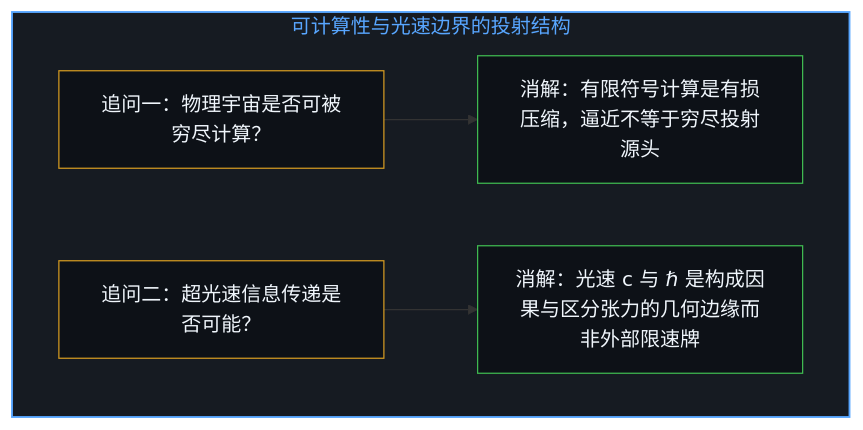
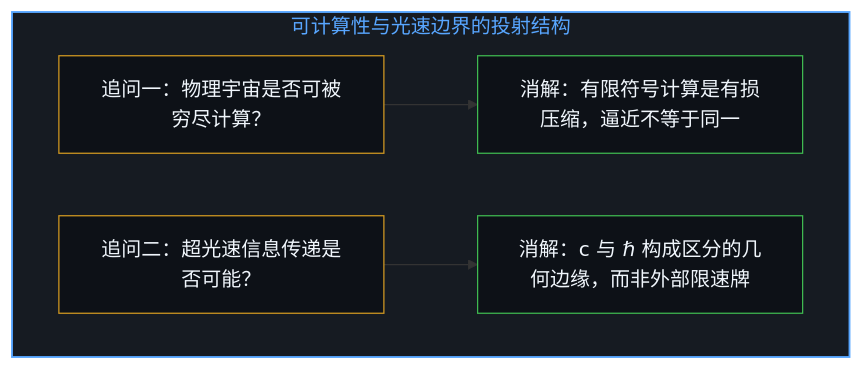
Before and after one commit to powerpig99/not-a-toe: the first of 4 diagrams in content/posts/four-night-questions.md, drawn with Mermaid. The commit also changed other lines of this file and 7 other files, not shown here.

````diff
--- a/content/posts/four-night-questions.md
+++ b/content/posts/four-night-questions.md
@@ -17,12 +17,12 @@
 ```mermaid
 graph TD
     subgraph S_Q12["可计算性与光速边界的投射结构"]
-        Q1["追问一：物理宇宙是否可被穷尽计算？"] --> D1["消解：有限符号计算是有损压缩，逼近不等于穷尽投射源头"]
-        Q2["追问二：超光速信息传递是否可能？"] --> D2["消解：光速 c 与 ℏ 是构成因果与区分张力的几何边缘而非外部限速牌"]
+        Q1["追问一：物理宇宙是否可被穷尽计算？"] --> D1["消解：有限符号计算是有损压缩，逼近不等于同一"]
+        Q2["追问二：超光速信息传递是否可能？"] --> D2["消解：c 与 ℏ 构成区分的几何边缘，而非外部限速牌"]
     end
     style S_Q12 fill:#161b22,stroke:#58a6ff,stroke-width:1.5px,color:#58a6ff
     style Q1 fill:#0d1117,stroke:#d29922,stroke-width:1px,color:#f0f6fc
     style D1 fill:#0d1117,stroke:#3fb950,stroke-width:1px,color:#f0f6fc
     style Q2 fill:#0d1117,stroke:#d29922,stroke-width:1px,color:#f0f6fc
     style D2 fill:#0d1117,stroke:#3fb950,stroke-width:1px,color:#f0f6fc
 ```
````
